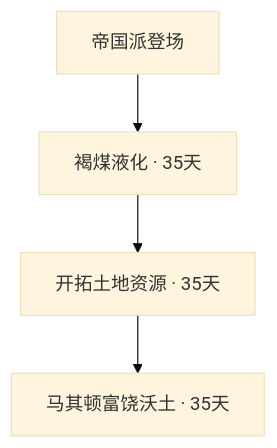
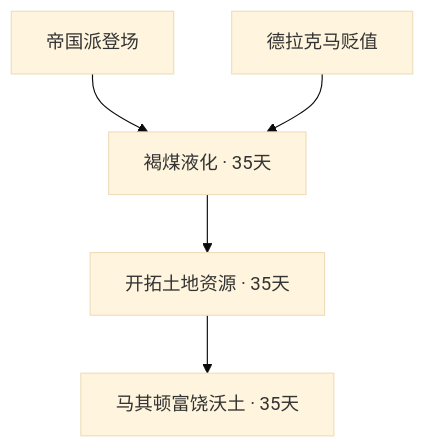
One commit to Harry-Liu23/Heart-Of-Iron-Roma-Empire-Mod changed diagram 17 of 22 in docs/当前完整国策与效果.md. Above: the diagram before and after it, drawn with Mermaid (base theme). The commit also changed other lines of this file and 29 other files, not shown here.

````diff
--- a/docs/当前完整国策与效果.md
+++ b/docs/当前完整国策与效果.md
@@ -723,10 +711,12 @@
 ```mermaid
 flowchart TD
     RR_lignite["褐煤液化 · 35天"]
     RR_empire["帝国派登场"]
     RR_empire --> RR_lignite
+    GRE_reevaluating_the_drachma["德拉克马贬值"]
+    GRE_reevaluating_the_drachma --> RR_lignite
     RR_soil["开拓土地资源 · 35天"]
     RR_lignite --> RR_soil
     RR_farmlands["马其顿富饶沃土 · 35天"]
     RR_soil --> RR_farmlands
 ```
````
